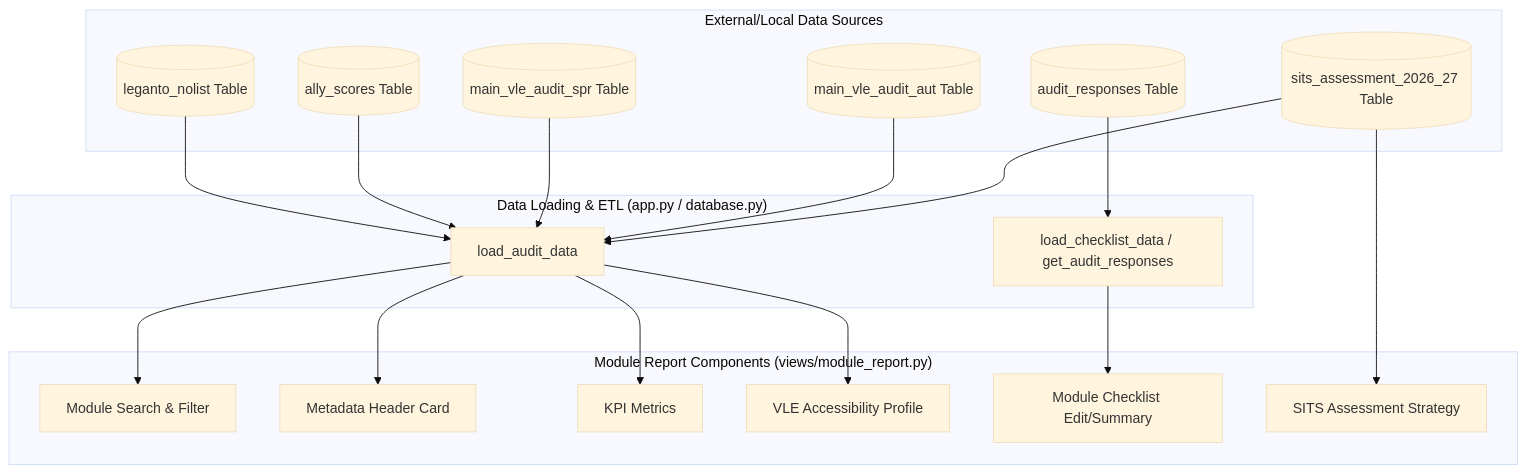
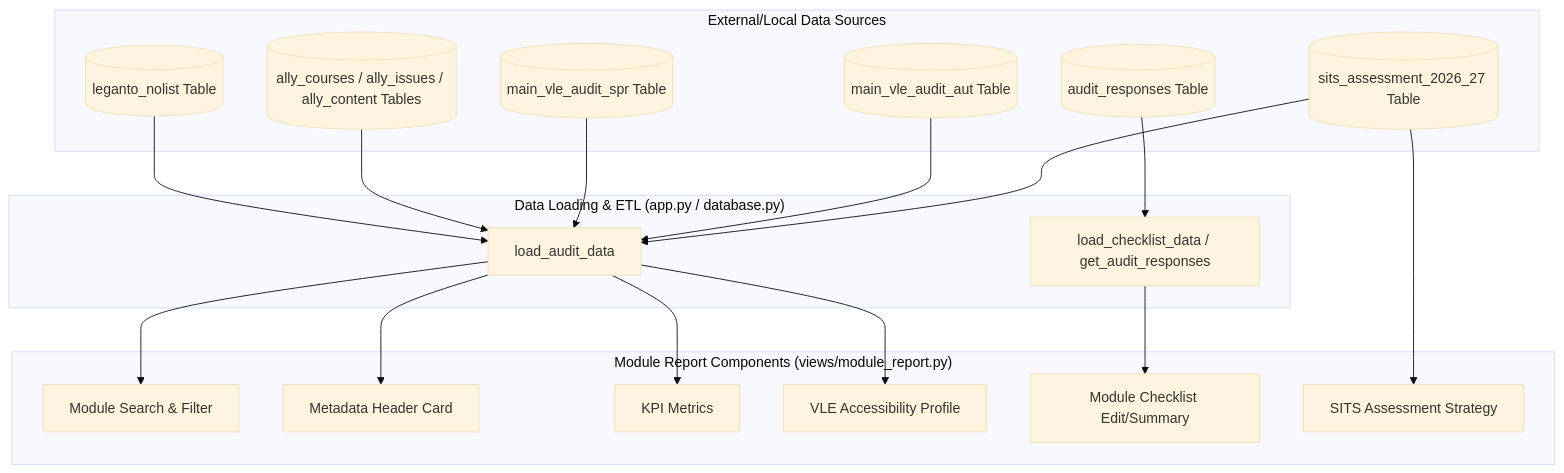
Before and after one commit to uos-foss/Digital-Learning-Review: the diagram in docs/module_report_components.md, drawn with Mermaid (base theme). The commit also changed other lines of this file and 8 other files, not shown here.

````diff
--- a/docs/module_report_components.md
+++ b/docs/module_report_components.md
@@ -22,39 +22,39 @@
 ```mermaid
 graph TD
     subgraph "External/Local Data Sources"
         SITS[(sits_assessment_2026_27 Table)]
         AuditAut[(main_vle_audit_aut Table)]
         AuditSpr[(main_vle_audit_spr Table)]
         Checklists[(audit_responses Table)]
-        Ally[(ally_scores Table)]
+        Ally[(ally_courses / ally_issues / ally_content Tables)]
         Leganto[(leganto_nolist Table)]
     end
 
     subgraph "Data Loading & ETL (app.py / database.py)"
         Load[load_audit_data]
         SITS --> Load
         AuditAut --> Load
         AuditSpr --> Load
         Ally --> Load
         Leganto --> Load
         
         LoadChecklist[load_checklist_data / get_audit_responses]
         Checklists --> LoadChecklist
     end
 
     subgraph "Module Report Components (views/module_report.py)"
         Search[Module Search & Filter]
         Header[Metadata Header Card]
         KPIs[KPI Metrics]
         VLE[VLE Accessibility Profile]
         ChecklistComponent[Module Checklist Edit/Summary]
         AssessComponent[SITS Assessment Strategy]
     end
 
     Load --> Search
     Load --> Header
     Load --> KPIs
     Load --> VLE
     LoadChecklist --> ChecklistComponent
     SITS --> AssessComponent
 ```
````
